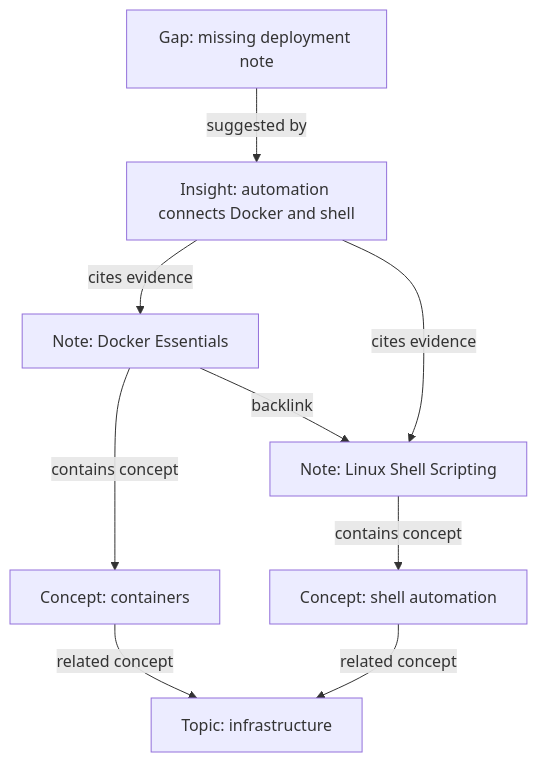
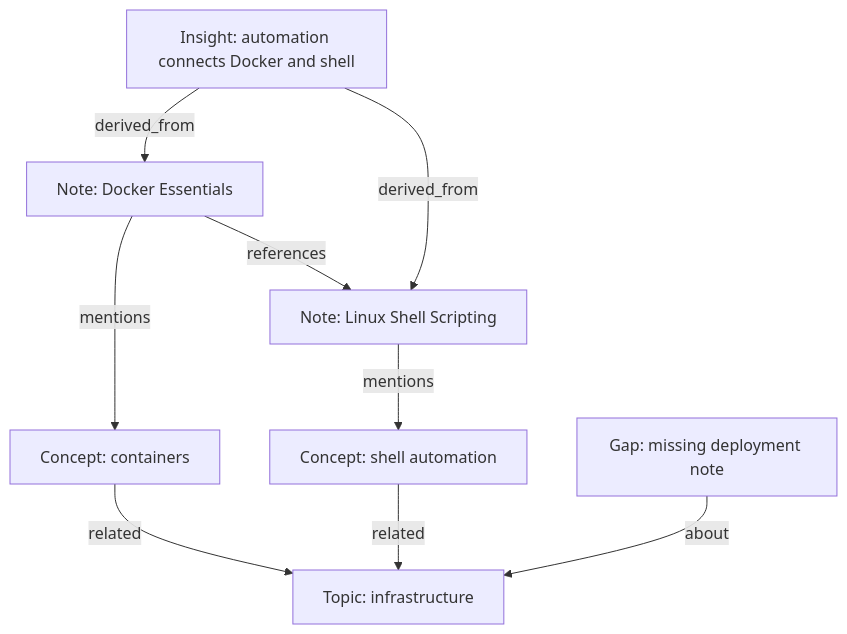
The fourth of 6 diagrams in README.md (imsouza/berrybrain), drawn with Mermaid before and after one commit. The commit also changed other lines of this file and 312 other files, not shown here.

````diff
--- a/README.md
+++ b/README.md
@@ -303,11 +421,11 @@
 ```mermaid
 graph TD
-  N1[Note: Docker Essentials] -->|backlink| N2[Note: Linux Shell Scripting]
-  N1 -->|contains concept| C1[Concept: containers]
-  N2 -->|contains concept| C2[Concept: shell automation]
-  C1 -->|related concept| C3[Topic: infrastructure]
-  C2 -->|related concept| C3
-  I1[Insight: automation connects Docker and shell] -->|cites evidence| N1
-  I1 -->|cites evidence| N2
-  G1[Gap: missing deployment note] -->|suggested by| I1
+  N1[Note: Docker Essentials] -->|references| N2[Note: Linux Shell Scripting]
+  N1 -->|mentions| C1[Concept: containers]
+  N2 -->|mentions| C2[Concept: shell automation]
+  C1 -->|related| C3[Topic: infrastructure]
+  C2 -->|related| C3
+  I1[Insight: automation connects Docker and shell] -->|derived_from| N1
+  I1 -->|derived_from| N2
+  G1[Gap: missing deployment note] -->|about| C3
 ```
````
